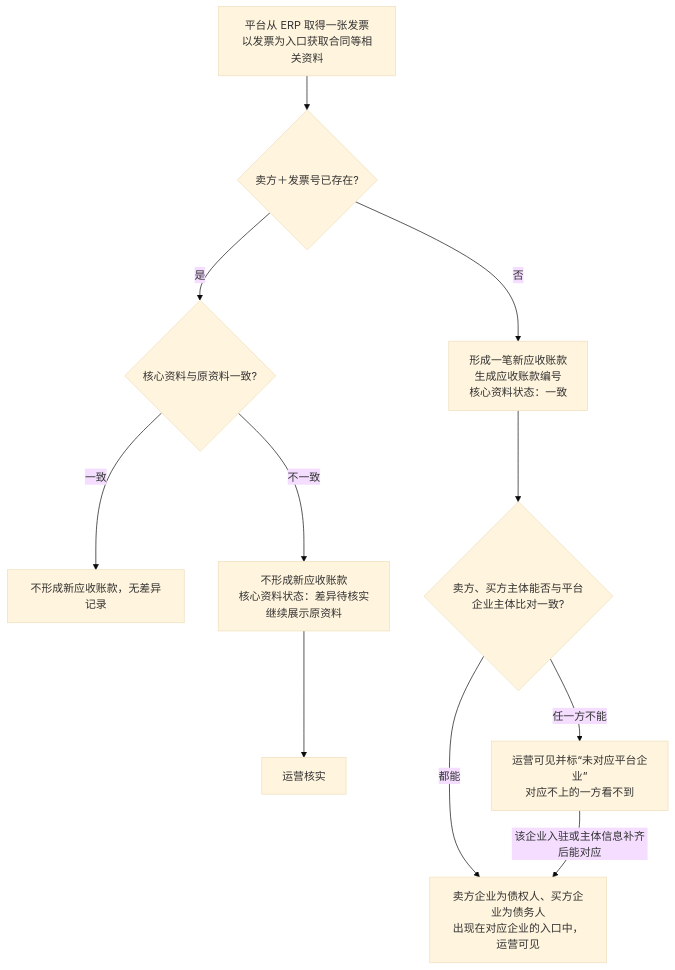
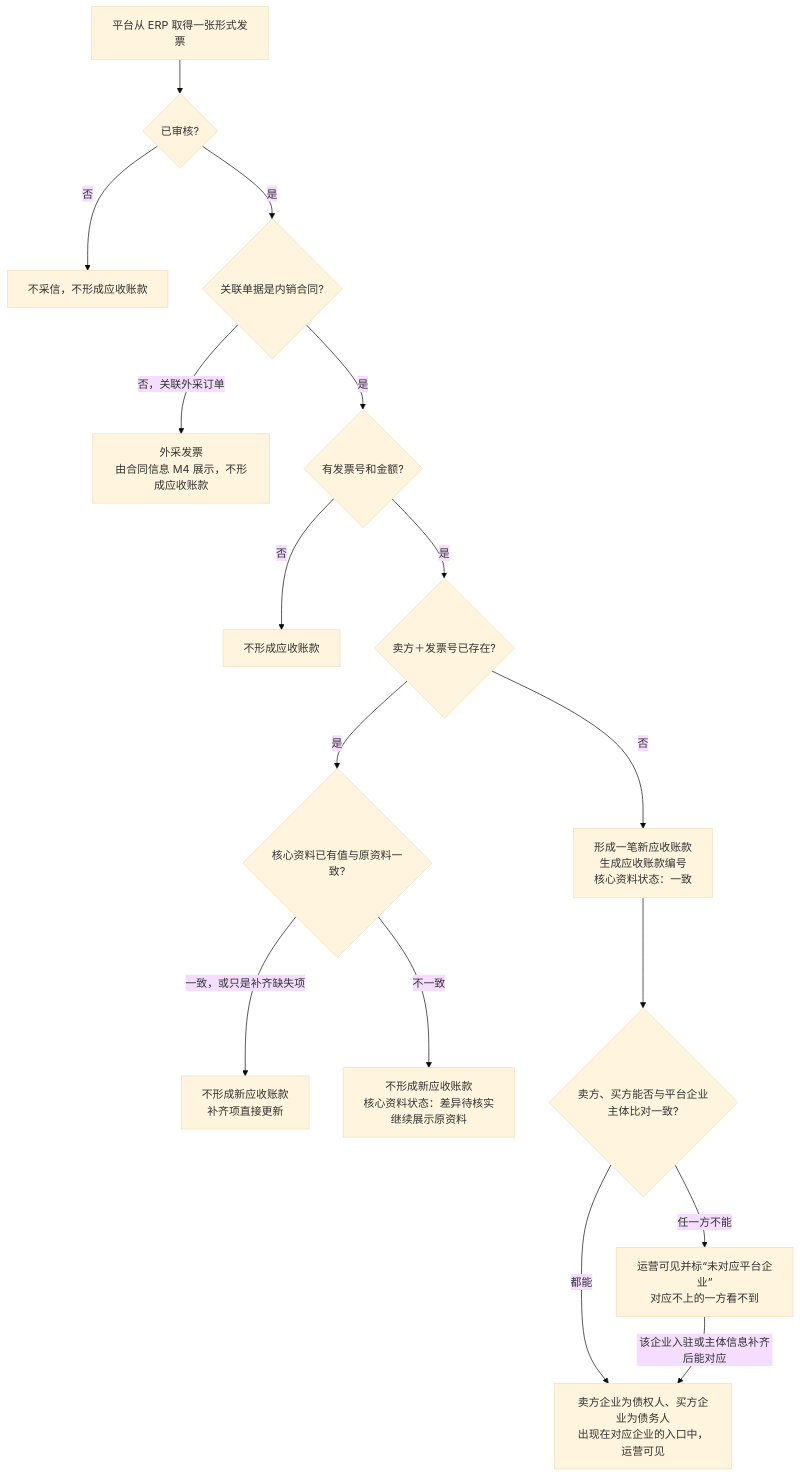
The first of 6 diagrams in asset-trust-platform/PRD/两端共用/M3-应收账款与发票/02-应收账款与发票-流程图与状态机.md (wxblockchain/Chain-Financing), drawn with Mermaid (base theme) before and after one commit. The commit also changed other lines of this file and 3 other files, not shown here.

````diff
--- a/asset-trust-platform/PRD/两端共用/M3-应收账款与发票/02-应收账款与发票-流程图与状态机.md
+++ b/asset-trust-platform/PRD/两端共用/M3-应收账款与发票/02-应收账款与发票-流程图与状态机.md
@@ -18,13 +19,18 @@
 ```mermaid
 flowchart TD
-    A[平台从 ERP 取得一张发票<br/>以发票为入口获取合同等相关资料] --> C{卖方＋发票号已存在?}
+    A[平台从 ERP 取得一张形式发票] --> A1{已审核?}
+    A1 -->|否| A2[不采信，不形成应收账款]
+    A1 -->|是| B{关联单据是内销合同?}
+    B -->|否，关联外采订单| B1[外采发票<br/>由合同信息 M4 展示，不形成应收账款]
+    B -->|是| B2{有发票号和金额?}
+    B2 -->|否| B3[不形成应收账款]
+    B2 -->|是| C{卖方＋发票号已存在?}
     C -->|否| D[形成一笔新应收账款<br/>生成应收账款编号<br/>核心资料状态：一致]
-    C -->|是| F{核心资料与原资料一致?}
-    F -->|一致| G[不形成新应收账款，无差异记录]
+    C -->|是| F{核心资料已有值与原资料一致?}
+    F -->|一致，或只是补齐缺失项| G[不形成新应收账款<br/>补齐项直接更新]
     F -->|不一致| E[不形成新应收账款<br/>核心资料状态：差异待核实<br/>继续展示原资料]
-    E --> E1[运营核实]
-    D --> H{卖方、买方主体能否与平台企业主体比对一致?}
+    D --> H{卖方、买方能否与平台企业主体比对一致?}
     H -->|都能| I[卖方企业为债权人、买方企业为债务人<br/>出现在对应企业的入口中，运营可见]
     H -->|任一方不能| J[运营可见并标“未对应平台企业”<br/>对应不上的一方看不到]
     J -->|该企业入驻或主体信息补齐后能对应| I
 ```
````
